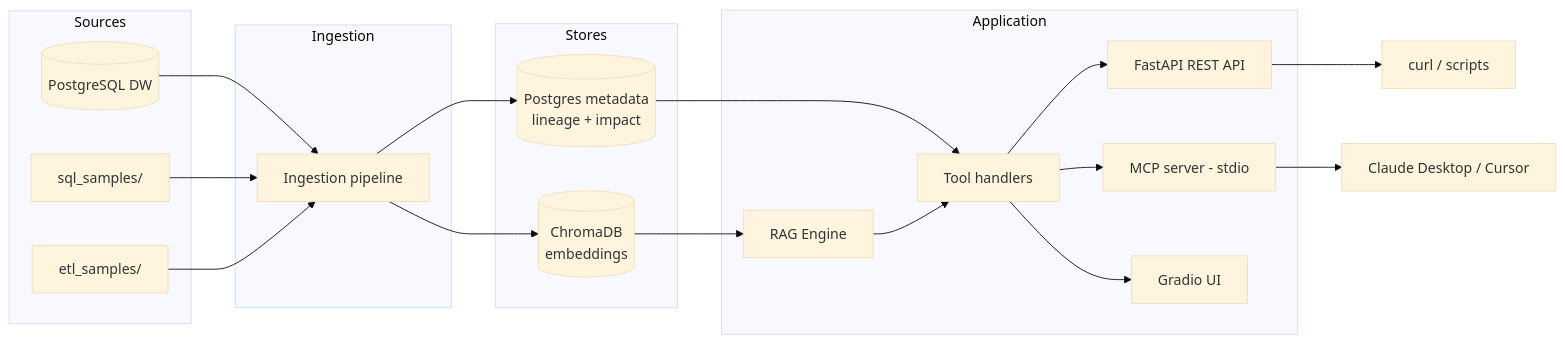
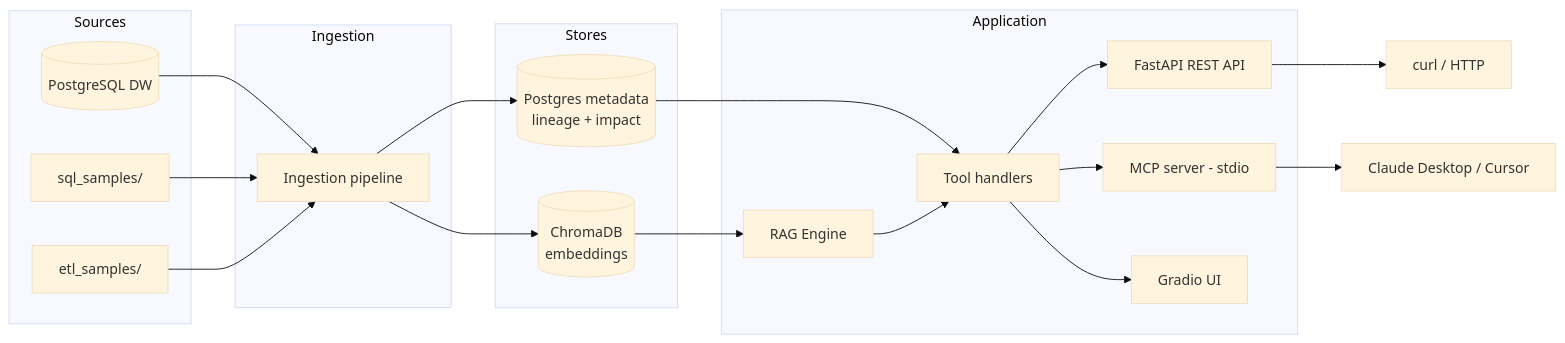
The diagram in docs/SHOWCASE.md (raghuram-chittibomma/data-catalog-assistant), drawn with Mermaid (base theme) before and after one commit. The commit also changed 18 other files, not shown here.

````diff
--- a/docs/SHOWCASE.md
+++ b/docs/SHOWCASE.md
@@ -29,35 +29,35 @@
 ```mermaid
 flowchart LR
   subgraph sources [Sources]
     DW[(PostgreSQL DW)]
     SQL[sql_samples/]
     ETL[etl_samples/]
   end
   subgraph ingest [Ingestion]
     Pipe[Ingestion pipeline]
   end
   subgraph stores [Stores]
     Meta[(Postgres metadata\nlineage + impact)]
     Chroma[(ChromaDB\nembeddings)]
   end
   subgraph app [Application]
     RAG[RAG Engine]
     Tools[Tool handlers]
     REST[FastAPI REST API]
     MCP[MCP server - stdio]
     UI[Gradio UI]
   end
   DW --> Pipe
   SQL --> Pipe
   ETL --> Pipe
   Pipe --> Meta
   Pipe --> Chroma
   Meta --> Tools
   Chroma --> RAG
   RAG --> Tools
   Tools --> REST
   Tools --> MCP
   Tools --> UI
-  REST --> Curl[curl / scripts]
+  REST --> Curl[curl / HTTP]
   MCP --> Agents[Claude Desktop / Cursor]
 ```
````
